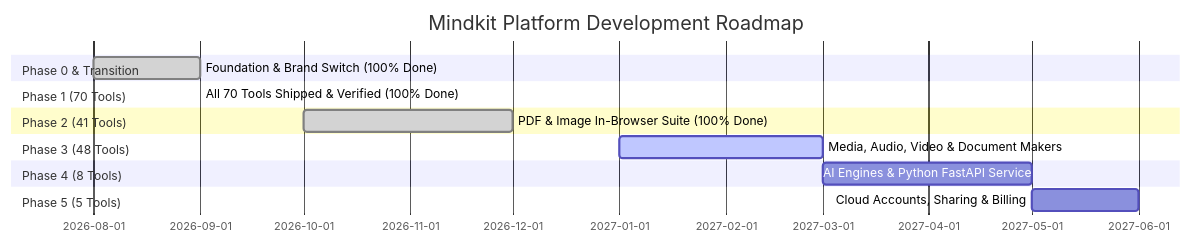
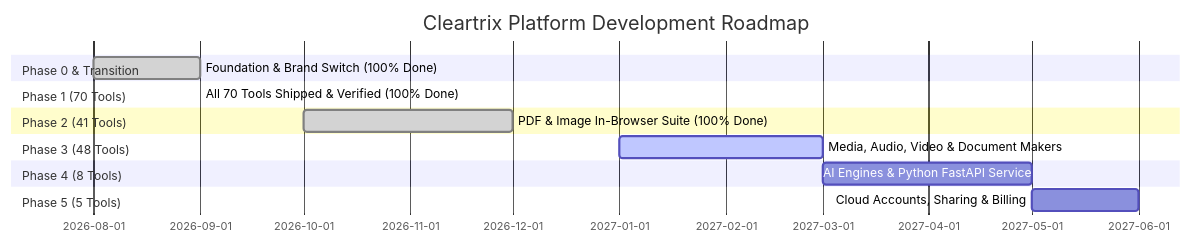
One commit to pratik-134/toolsproject changed the second of 2 diagrams in PROJECT_BLUEPRINT.md. Above: the diagram before and after it, drawn with Mermaid. The commit also changed other lines of this file and 121 other files, not shown here.

````diff
--- a/PROJECT_BLUEPRINT.md
+++ b/PROJECT_BLUEPRINT.md
@@ -225,17 +225,17 @@
 ```mermaid
 gantt
-    title Mindkit Platform Development Roadmap
+    title Cleartrix Platform Development Roadmap
     dateFormat  YYYY-MM
     section Phase 0 & Transition
     Foundation & Brand Switch (100% Done) :done, p0, 2026-08, 2026-09
     section Phase 1 (70 Tools)
     All 70 Tools Shipped & Verified (100% Done) :done, p1_done, 2026-09, 2026-09
     section Phase 2 (41 Tools)
     PDF & Image In-Browser Suite (100% Done)   :done, p2_done, 2026-10, 2026-12
     section Phase 3 (48 Tools)
     Media, Audio, Video & Document Makers      :active, p3, 2027-01, 2027-03
     section Phase 4 (8 Tools)
     AI Engines & Python FastAPI Service        :p4, 2027-03, 2027-05
     section Phase 5 (5 Tools)
     Cloud Accounts, Sharing & Billing          :p5, 2027-05, 2027-06
 ```
````
